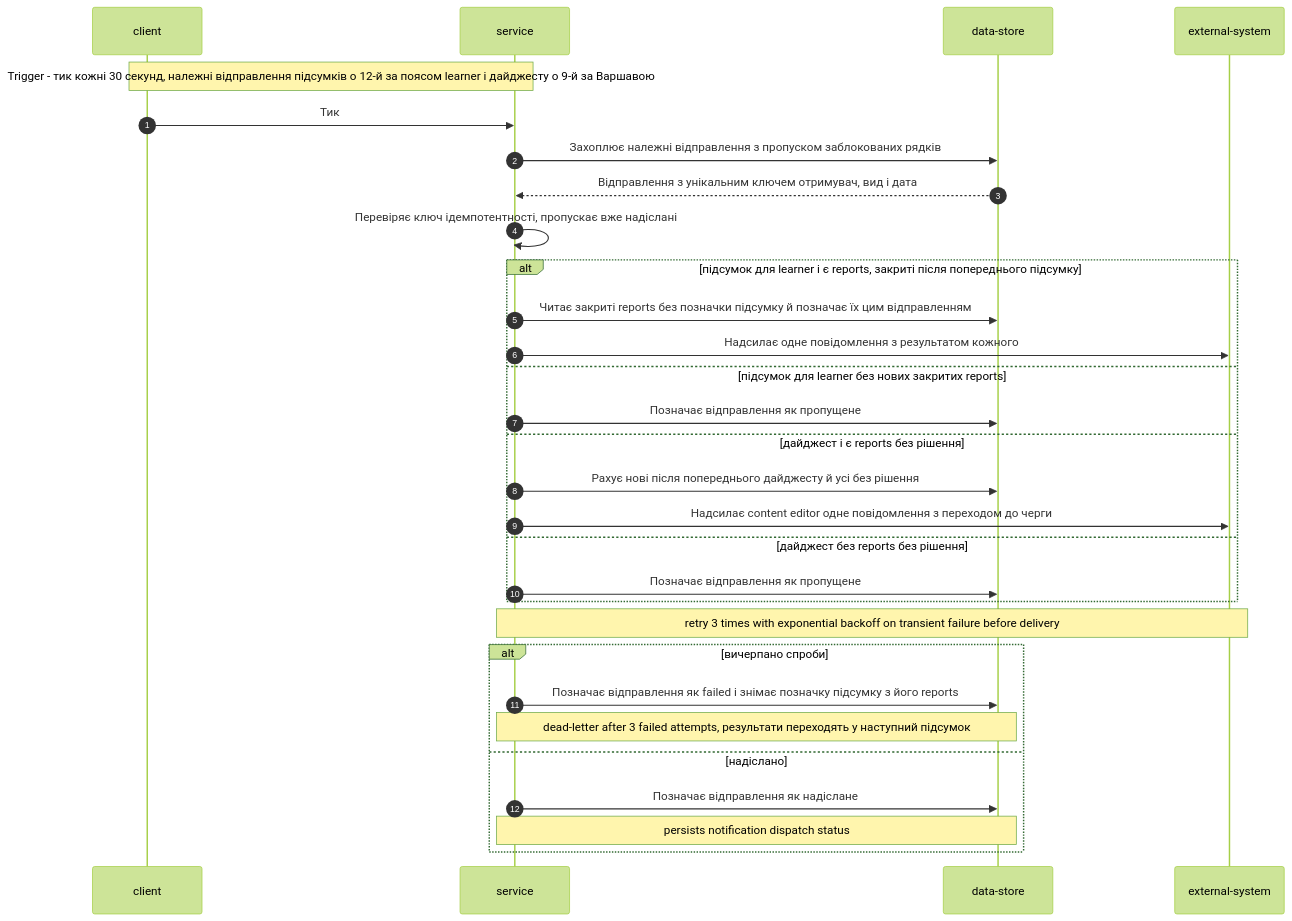
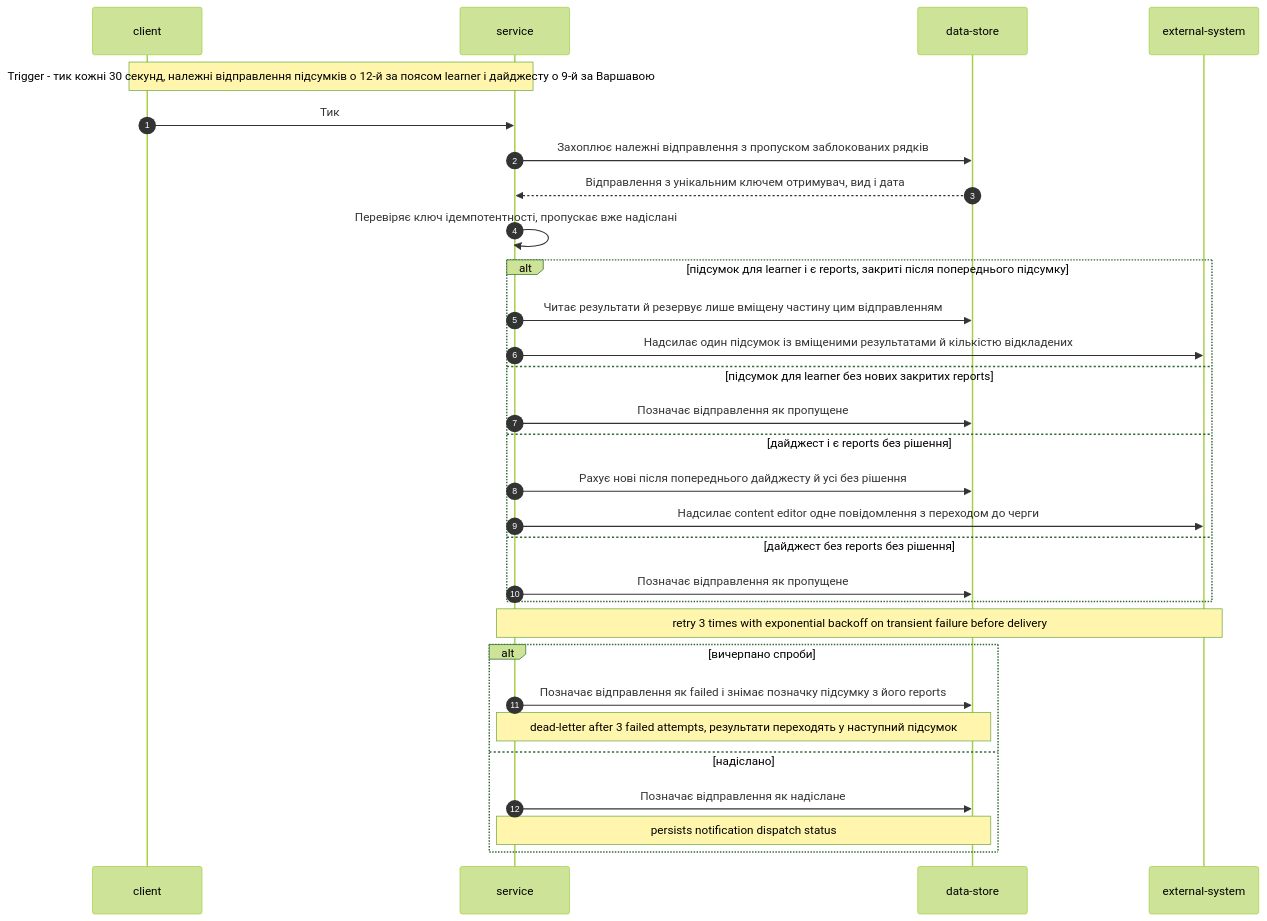
One commit to HeliosPersonal/constant-learning changed diagram 15 of 18 in docs/features/personal-trainer-mvp/sad.md. Above: the diagram before and after it, drawn with Mermaid (forest theme). The commit also changed other lines of this file and 20 other files, not shown here.

````diff
--- a/docs/features/personal-trainer-mvp/sad.md
+++ b/docs/features/personal-trainer-mvp/sad.md
@@ -585,33 +587,33 @@
 ```mermaid
 sequenceDiagram
     autonumber
     participant C as client
     participant S as service
     participant D as data-store
     participant X as external-system
 
     Note over C,S: Trigger - тик кожні 30 секунд, належні відправлення підсумків о 12-й за поясом learner і дайджесту о 9-й за Варшавою
     C->>S: Тик
     S->>D: Захоплює належні відправлення з пропуском заблокованих рядків
     D-->>S: Відправлення з унікальним ключем отримувач, вид і дата
     S->>S: Перевіряє ключ ідемпотентності, пропускає вже надіслані
     alt підсумок для learner і є reports, закриті після попереднього підсумку
-        S->>D: Читає закриті reports без позначки підсумку й позначає їх цим відправленням
-        S->>X: Надсилає одне повідомлення з результатом кожного
+        S->>D: Читає результати й резервує лише вміщену частину цим відправленням
+        S->>X: Надсилає один підсумок із вміщеними результатами й кількістю відкладених
     else підсумок для learner без нових закритих reports
         S->>D: Позначає відправлення як пропущене
     else дайджест і є reports без рішення
         S->>D: Рахує нові після попереднього дайджесту й усі без рішення
         S->>X: Надсилає content editor одне повідомлення з переходом до черги
     else дайджест без reports без рішення
         S->>D: Позначає відправлення як пропущене
     end
     Note over S,X: retry 3 times with exponential backoff on transient failure before delivery
     alt вичерпано спроби
         S->>D: Позначає відправлення як failed і знімає позначку підсумку з його reports
         Note over S,D: dead-letter after 3 failed attempts, результати переходять у наступний підсумок
     else надіслано
         S->>D: Позначає відправлення як надіслане
         Note over S,D: persists notification dispatch status
     end
 ```
````
